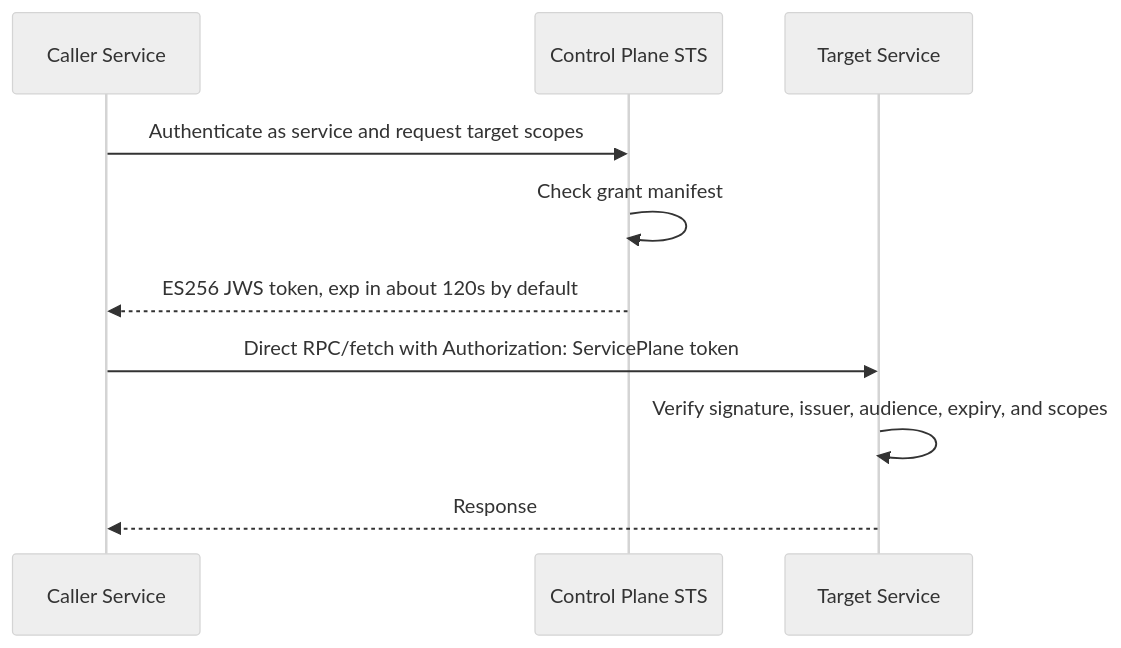
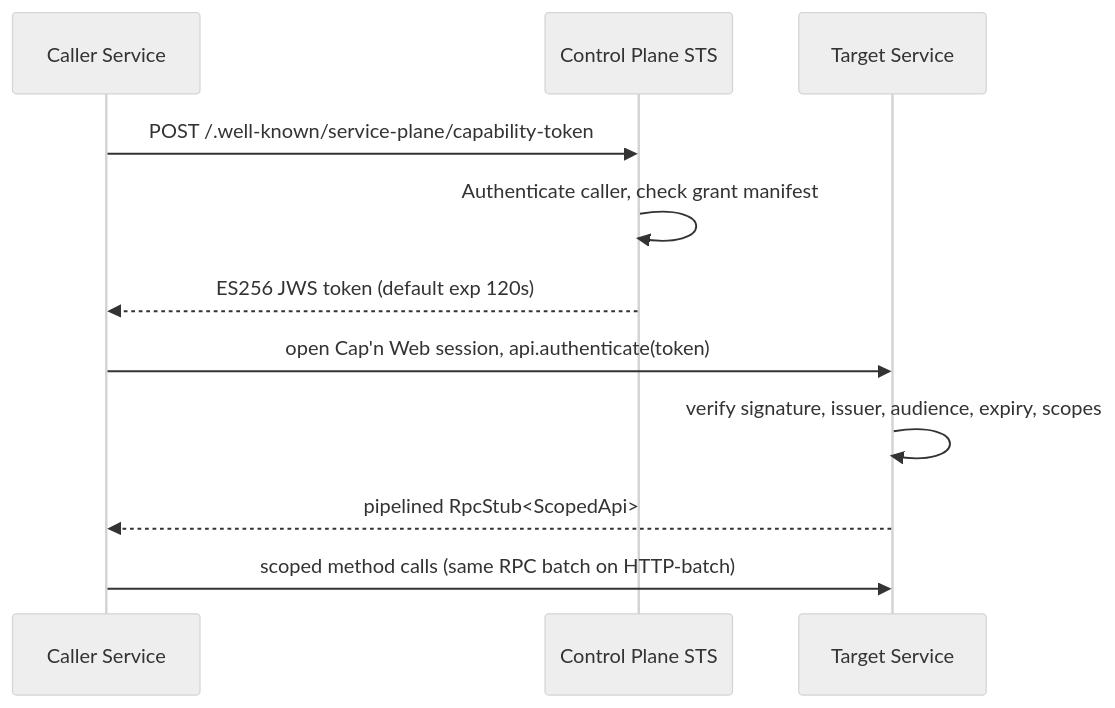
One commit to JUVOJustin/service-plane changed the diagram in docs/service-to-service.md. Above: the diagram before and after it, drawn with Mermaid (neutral theme). The commit also changed other lines of this file and 9 other files, not shown here.

First line of the commit message:
Rewrite README and docs for the Cap'n Web surface

````diff
--- a/docs/service-to-service.md
+++ b/docs/service-to-service.md
@@ -9,13 +9,14 @@
 ```mermaid
 sequenceDiagram
   participant Caller as Caller Service
   participant Plane as Control Plane STS
   participant Target as Target Service
 
-  Caller->>Plane: Authenticate as service and request target scopes
-  Plane->>Plane: Check grant manifest
-  Plane-->>Caller: ES256 JWS token, exp in about 120s by default
-  Caller->>Target: Direct RPC/fetch with Authorization: ServicePlane token
-  Target->>Target: Verify signature, issuer, audience, expiry, and scopes
-  Target-->>Caller: Response
+  Caller->>Plane: POST /.well-known/service-plane/capability-token
+  Plane->>Plane: Authenticate caller, check grant manifest
+  Plane-->>Caller: ES256 JWS token (default exp 120s)
+  Caller->>Target: open Cap'n Web session, api.authenticate(token)
+  Target->>Target: verify signature, issuer, audience, expiry, scopes
+  Target-->>Caller: pipelined RpcStub<ScopedApi>
+  Caller->>Target: scoped method calls (same RPC batch on HTTP-batch)
 ```
````
